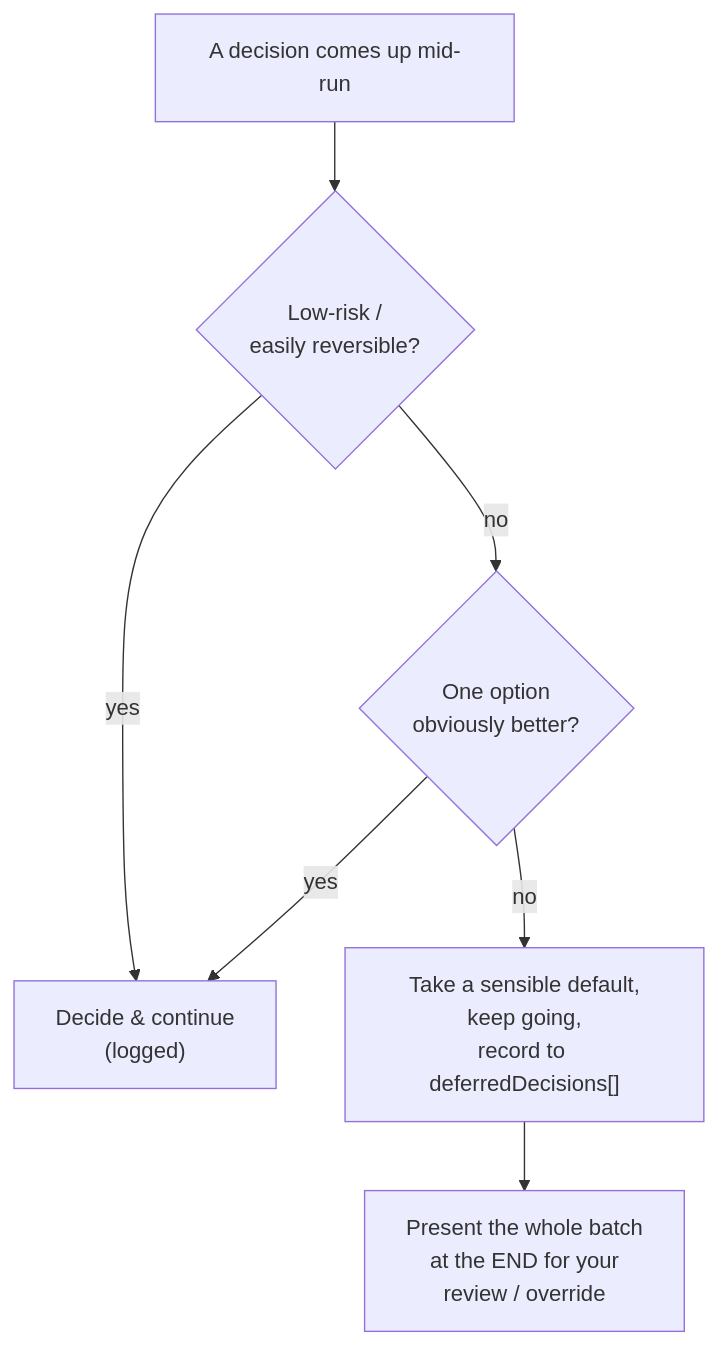
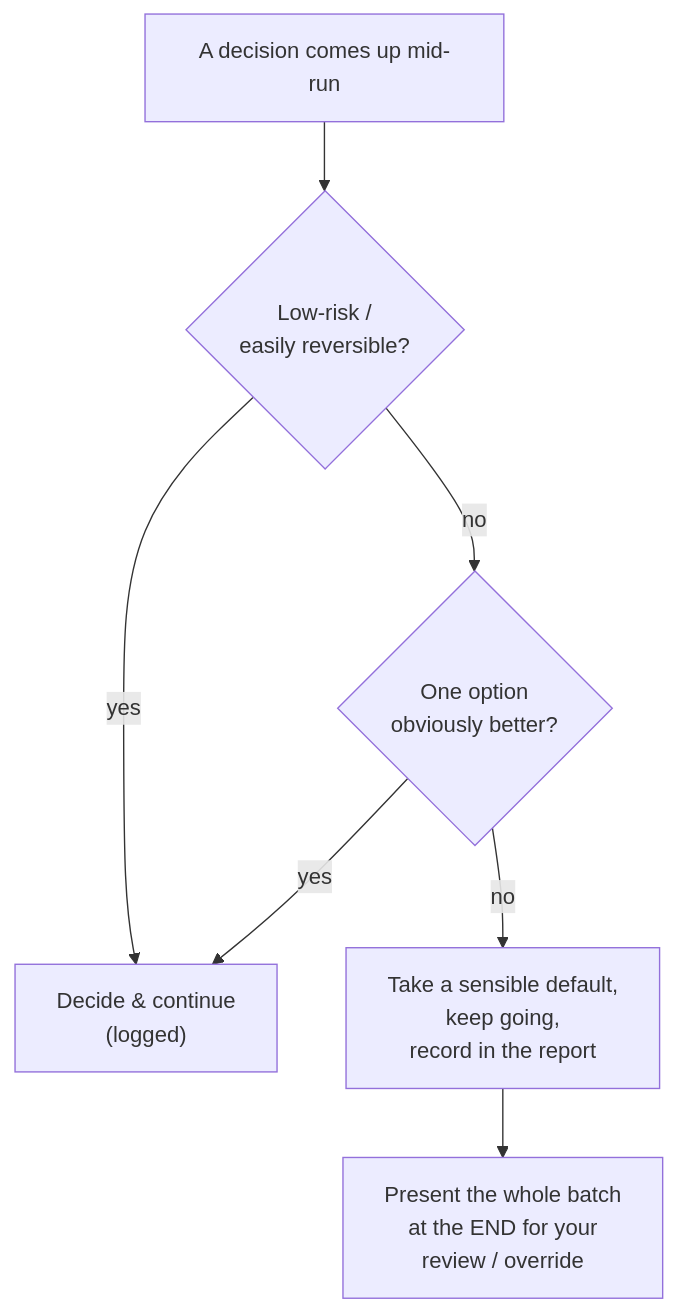
Before and after one commit to ww-w-ai/www-cowork: the fourth of 4 diagrams in README.md, drawn with Mermaid. The commit also changed 7 other files, not shown here.

````diff
--- a/README.md
+++ b/README.md
@@ -229,9 +229,9 @@
 ```mermaid
 flowchart TD
   Q["A decision comes up mid-run"] --> T1{"Low-risk /<br/>easily reversible?"}
   T1 -- yes --> DEC["Decide &amp; continue<br/>(logged)"]
   T1 -- no --> T2{"One option<br/>obviously better?"}
   T2 -- yes --> DEC
-  T2 -- no --> DEF["Take a sensible default,<br/>keep going,<br/>record to deferredDecisions[]"]
+  T2 -- no --> DEF["Take a sensible default,<br/>keep going,<br/>record in the report"]
   DEF --> BATCH["Present the whole batch<br/>at the END for your<br/>review / override"]
 ```
````
